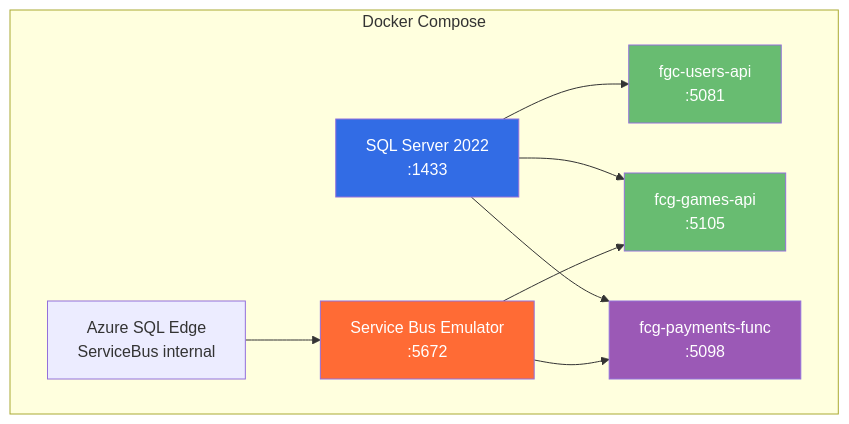
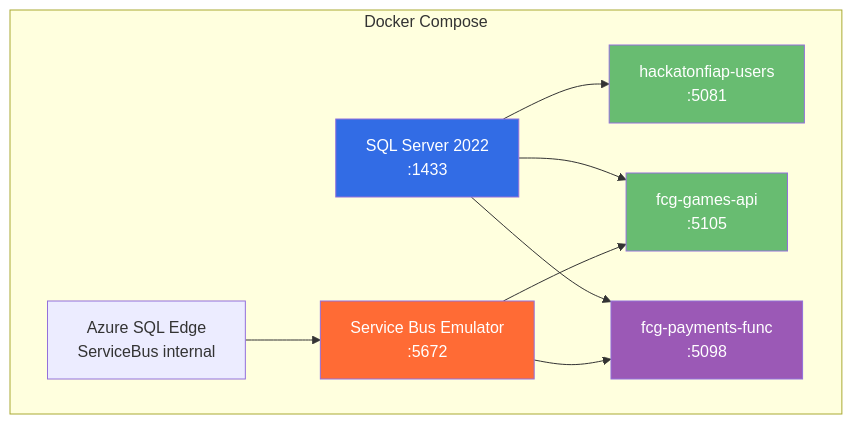
One commit to GabrielVeridico/hackaton-fiap-users changed the seventh of 7 diagrams in docs/ARCHITECTURE.md. Above: the diagram before and after it, drawn with Mermaid. The commit also changed other lines of this file and 11 other files, not shown here.

````diff
--- a/docs/ARCHITECTURE.md
+++ b/docs/ARCHITECTURE.md
@@ -219,21 +219,21 @@
 ```mermaid
 graph TB
     subgraph "Docker Compose"
         SQL[SQL Server 2022<br/>:1433]
         SBSQL[Azure SQL Edge<br/>ServiceBus internal]
         SBE[Service Bus Emulator<br/>:5672]
-        UAPI[fgc-users-api<br/>:5081]
+        UAPI[hackatonfiap-users<br/>:5081]
         GAPI[fcg-games-api<br/>:5105]
         PFUNC[fcg-payments-func<br/>:5098]
     end
 
     SBSQL --> SBE
     SQL --> UAPI & GAPI & PFUNC
     SBE --> GAPI & PFUNC
 
     style SQL fill:#326CE5,color:#fff
     style SBE fill:#FF6B35,color:#fff
     style UAPI fill:#68BC71,color:#fff
     style GAPI fill:#68BC71,color:#fff
     style PFUNC fill:#9B59B6,color:#fff
 ```
````
